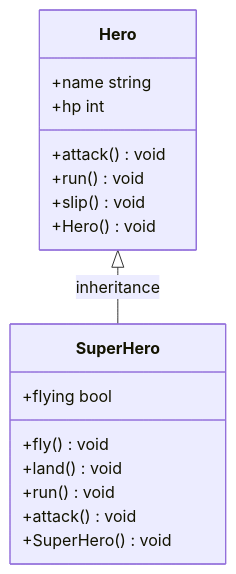
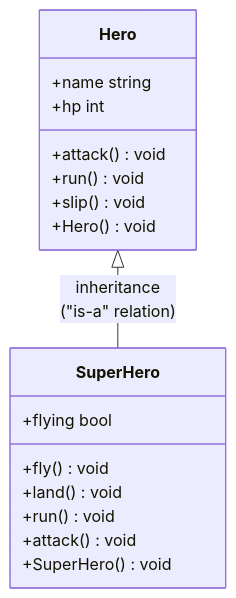
Before and after one commit to naorex/Sukkiri_Java_beginner: the diagram in chapter3/Class.md, drawn with Mermaid. The commit also changed 5 other files, not shown here.

````diff
--- a/chapter3/Class.md
+++ b/chapter3/Class.md
@@ -1,24 +1,24 @@
 ```mermaid
 classDiagram
 
 class Hero{
     +name string
     +hp int
     +attack() void
     +run() void
     +slip() void
     +Hero() void
 }
 
 class SuperHero{
     +flying bool
     +fly() void
     +land() void
     +run() void
     +attack() void
     +SuperHero() void
 }
 
-Hero <|-- SuperHero : inheritance
+Hero <|-- SuperHero : inheritance</br>("is-a" relation)
 
 ```
````
